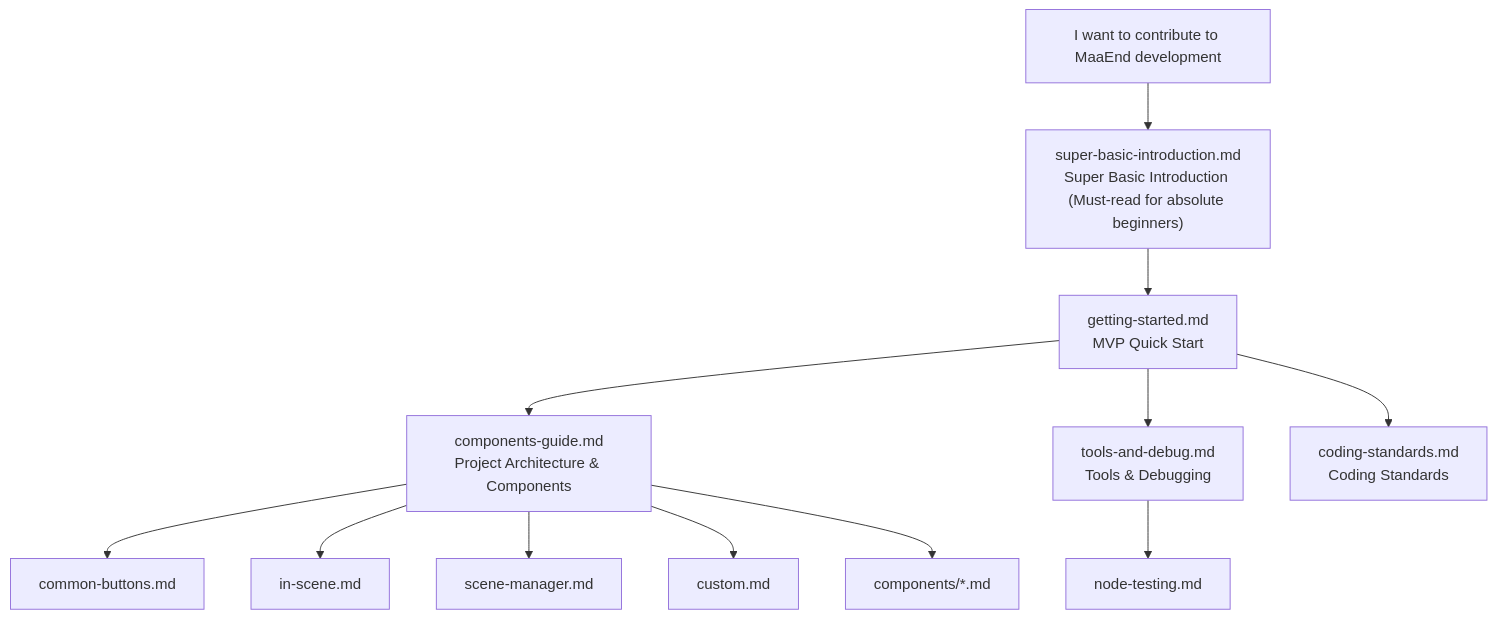
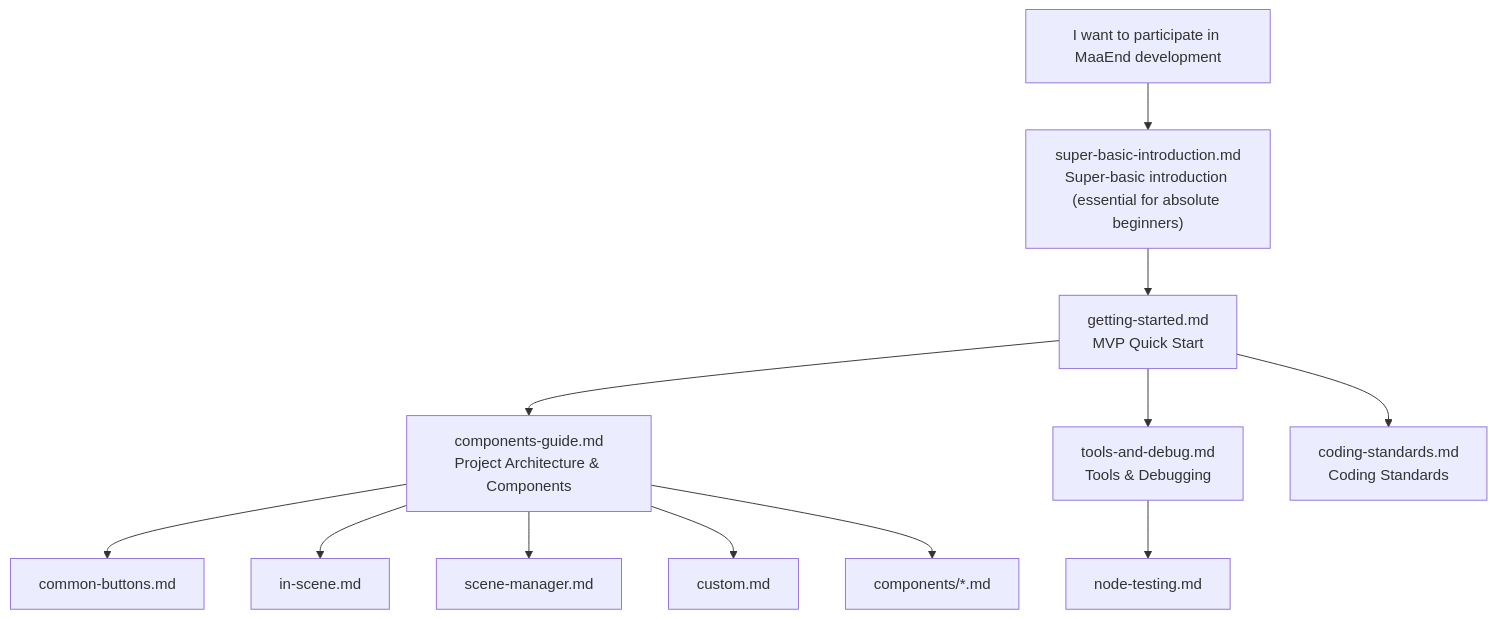
The diagram in docs/en_us/developers/README.md (Koala-27/MaaEnd-Koala), drawn with Mermaid before and after one commit. The commit also changed other lines of this file and 2 other files, not shown here.

````diff
--- a/docs/en_us/developers/README.md
+++ b/docs/en_us/developers/README.md
@@ -7,14 +7,14 @@
 ```mermaid
 flowchart TD
-    Start["I want to contribute to MaaEnd development"] --> Basic["super-basic-introduction.md\nSuper Basic Introduction (Must-read for absolute beginners)"]
+    Start["I want to participate in MaaEnd development"] --> Basic["super-basic-introduction.md\nSuper-basic introduction (essential for absolute beginners)"]
     Basic --> Tutorial["getting-started.md\nMVP Quick Start"]
     Tutorial --> Components["components-guide.md\nProject Architecture & Components"]
     Tutorial --> Tools["tools-and-debug.md\nTools & Debugging"]
     Tutorial --> Standards["coding-standards.md\nCoding Standards"]
     Components --> CB["common-buttons.md"]
     Components --> SI["in-scene.md"]
     Components --> SM["scene-manager.md"]
     Components --> CU["custom.md"]
     Components --> Comps["components/*.md"]
     Tools --> NT["node-testing.md"]
 ```
````
